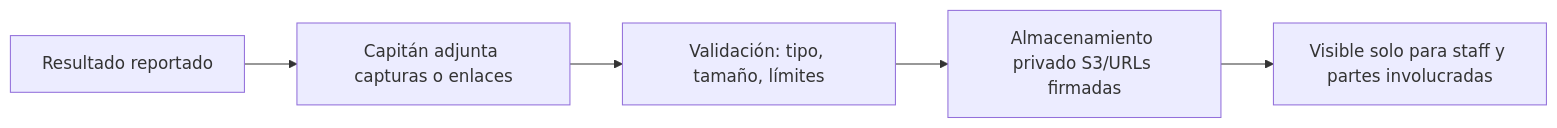
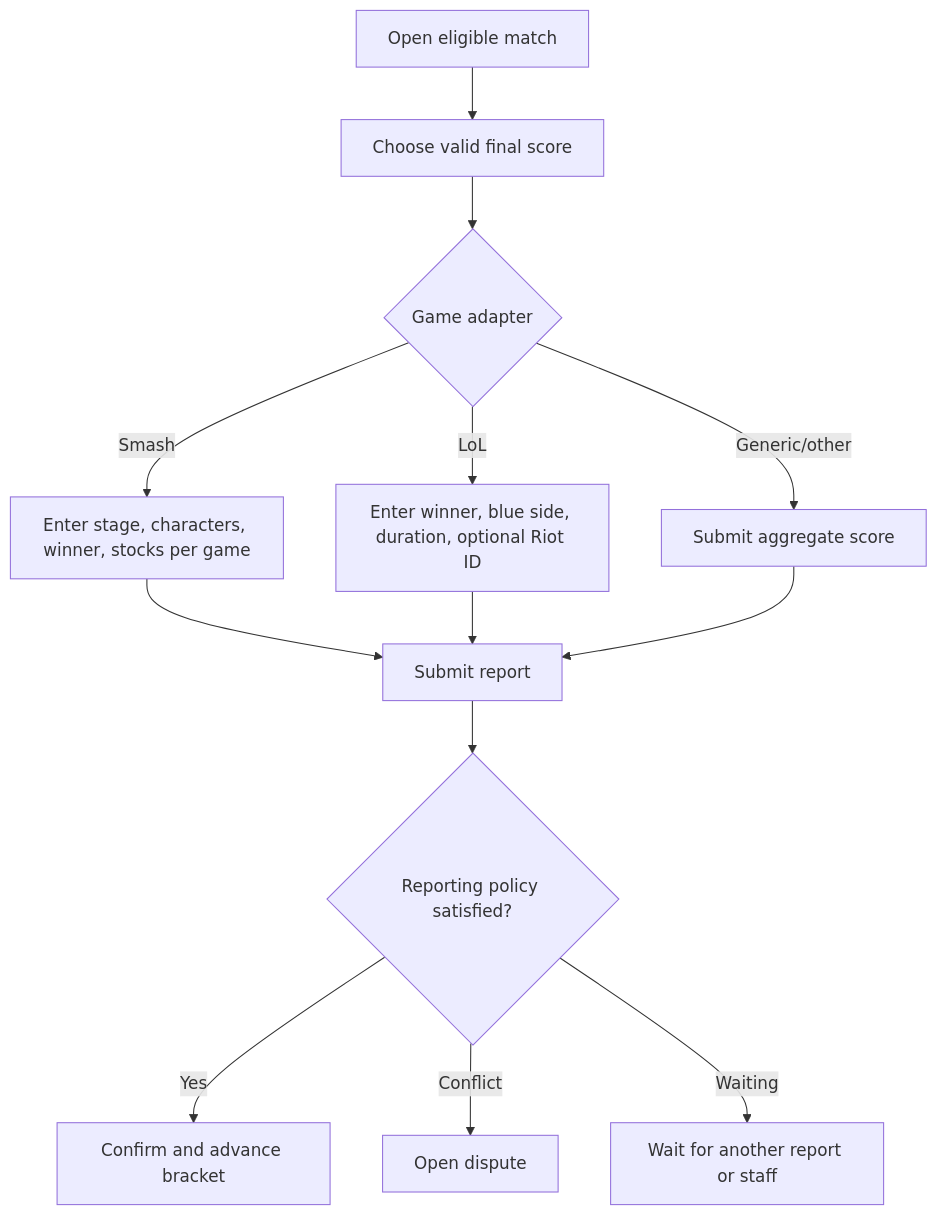
The sixth of 8 diagrams in docs/USER_FLOWS.md (Dieguezar/opentournament), drawn with Mermaid before and after one commit. The commit also changed other lines of this file and 10 other files, not shown here.

````diff
--- a/docs/USER_FLOWS.md
+++ b/docs/USER_FLOWS.md
@@ -130,7 +82,15 @@
 ```mermaid
-flowchart LR
-  A[Resultado reportado] --> B[Capitán adjunta capturas o enlaces]
-  B --> C[Validación: tipo, tamaño, límites]
-  C --> D[Almacenamiento privado S3/URLs firmadas]
-  D --> E[Visible solo para staff y partes involucradas]
+flowchart TD
+  A[Open eligible match] --> B[Choose valid final score]
+  B --> C{Game adapter}
+  C -->|Smash| D[Enter stage, characters, winner, stocks per game]
+  C -->|LoL| E[Enter winner, blue side, duration, optional Riot ID]
+  C -->|Generic/other| F[Submit aggregate score]
+  D --> G[Submit report]
+  E --> G
+  F --> G
+  G --> H{Reporting policy satisfied?}
+  H -->|Yes| I[Confirm and advance bracket]
+  H -->|Conflict| J[Open dispute]
+  H -->|Waiting| K[Wait for another report or staff]
 ```
````
